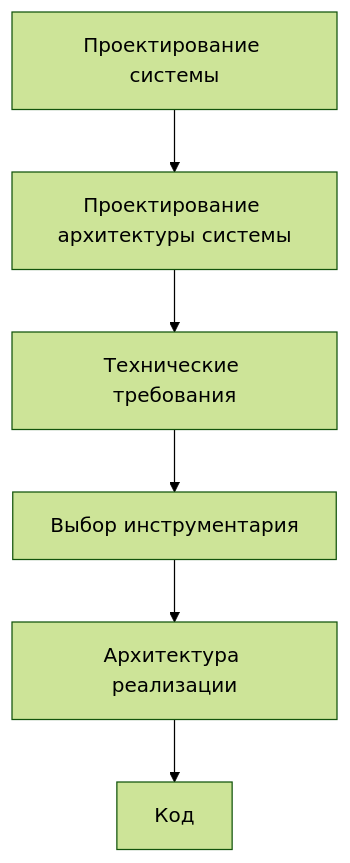
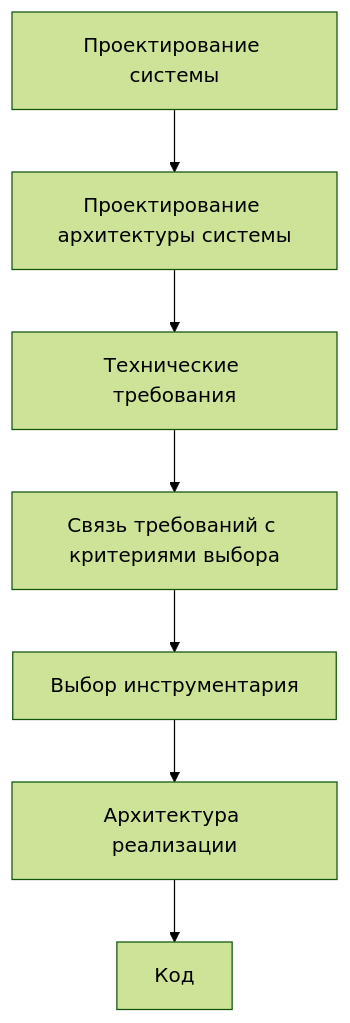
One commit to Mvil34998/Programming-Digital-Systems changed the first of 3 diagrams in docs/03_roadmaps/Roadmap_Technical_Requirements.md. Above: the diagram before and after it, drawn with Mermaid (forest theme). The commit also changed other lines of this file, not shown here.

Commit message:
Convert technical requirements roadmap to Obsidian wikilinks

````diff
--- a/docs/03_roadmaps/Roadmap_Technical_Requirements.md
+++ b/docs/03_roadmaps/Roadmap_Technical_Requirements.md
@@ -17,8 +17,9 @@
 ```mermaid
 flowchart TD
     A[Проектирование системы] --> B[Проектирование архитектуры системы]
     B --> C[Технические требования]
-    C --> D[Выбор инструментария]
-    D --> E[Архитектура реализации]
-    E --> F[Код]
+    C --> D[Связь требований с критериями выбора]
+    D --> E[Выбор инструментария]
+    E --> F[Архитектура реализации]
+    F --> G[Код]
 ```
````
